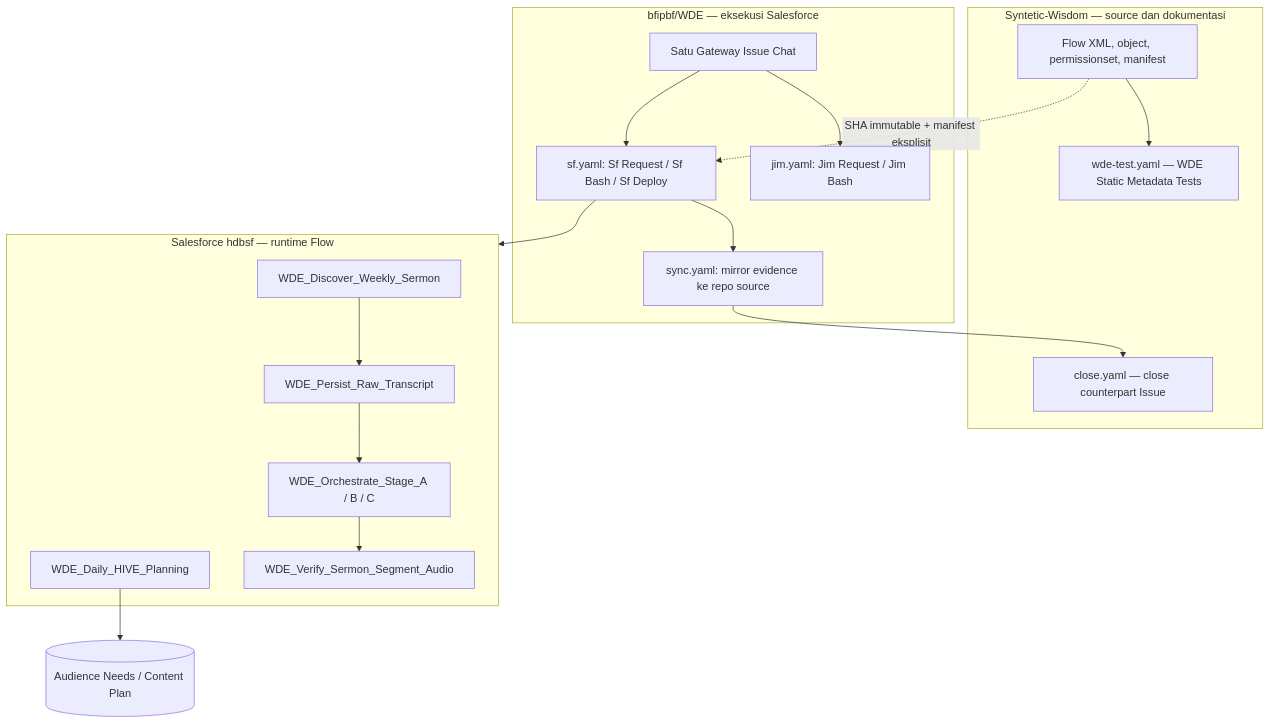
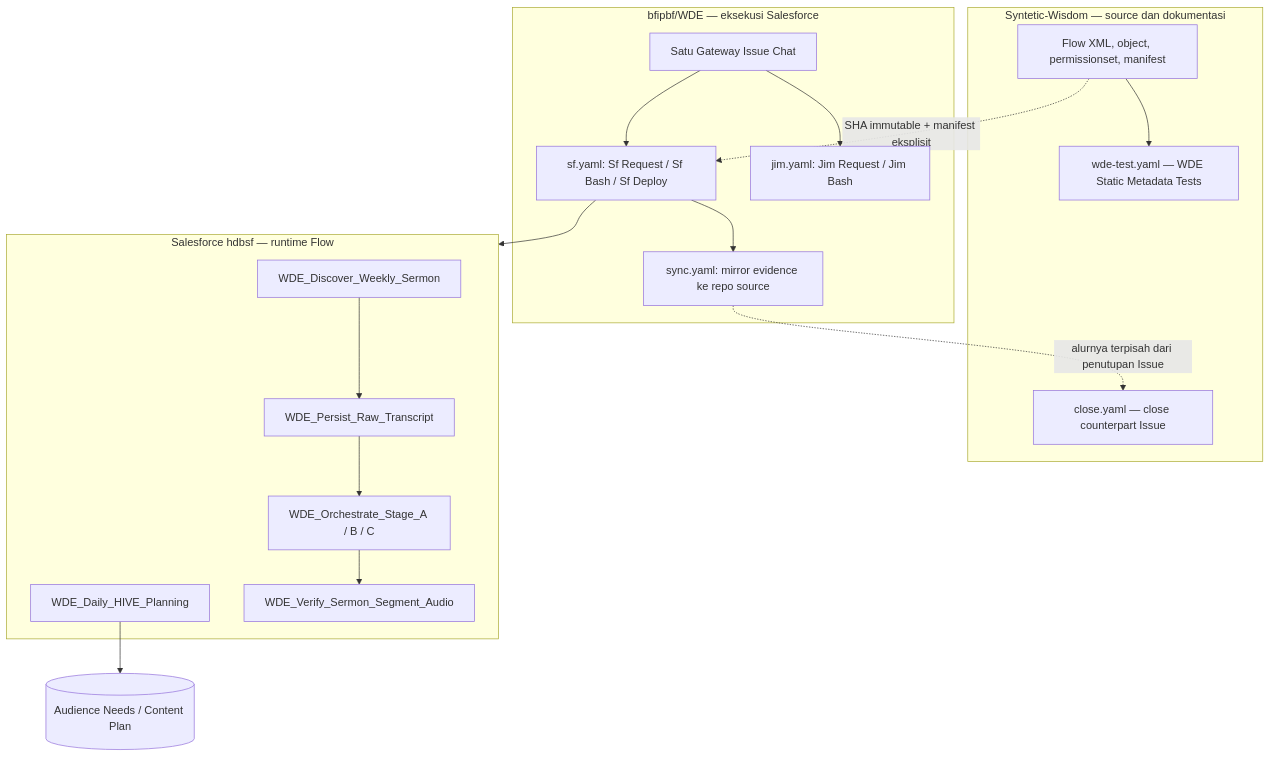
The second of 28 diagrams in SADD-WDE.md (jimmytobing/Syntetic-Wisdom), drawn with Mermaid before and after one commit. The commit also changed other lines of this file, not shown here.

Commit message:
docs(wde): clarify async Flow XML status and non-automatic process links

````diff
--- a/SADD-WDE.md
+++ b/SADD-WDE.md
@@ -34,28 +34,28 @@
 ```mermaid
 flowchart TB
   subgraph G["bfipbf/WDE — eksekusi Salesforce"]
     ISSUE["Satu Gateway Issue Chat"] --> SF["sf.yaml: Sf Request / Sf Bash / Sf Deploy"]
     ISSUE --> JIM["jim.yaml: Jim Request / Jim Bash"]
     SF --> AUDIT["sync.yaml: mirror evidence ke repo source"]
   end
   subgraph P["Syntetic-Wisdom — source dan dokumentasi"]
     SRC["Flow XML, object, permissionset, manifest"]
     TEST["wde-test.yaml — WDE Static Metadata Tests"]
     CLOSE["close.yaml — close counterpart Issue"]
   end
   subgraph S["Salesforce hdbsf — runtime Flow"]
     D["WDE_Discover_Weekly_Sermon"]
     T["WDE_Persist_Raw_Transcript"]
     A["WDE_Orchestrate_Stage_A / B / C"]
     H["WDE_Daily_HIVE_Planning"]
     QA["WDE_Verify_Sermon_Segment_Audio"]
   end
   SRC -. "SHA immutable + manifest eksplisit" .-> SF
   SRC --> TEST
   SF --> S
   D --> T
   T --> A
   A --> QA
   H --> HIVE[("Audience Needs / Content Plan")]
-  AUDIT --> CLOSE
+  AUDIT -. "alurnya terpisah dari penutupan Issue" .-> CLOSE
 ```
````
